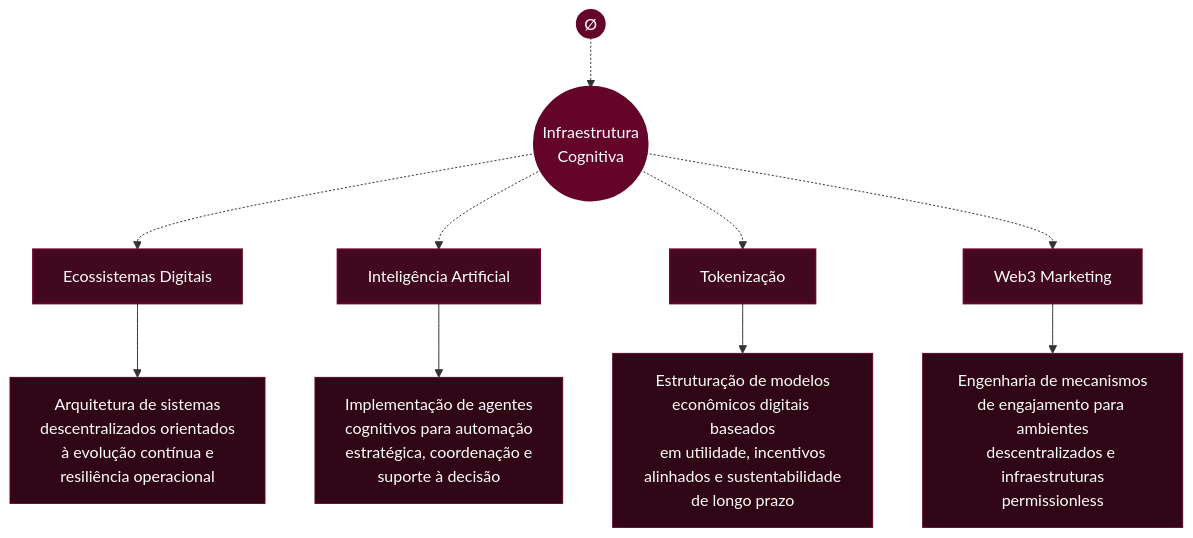
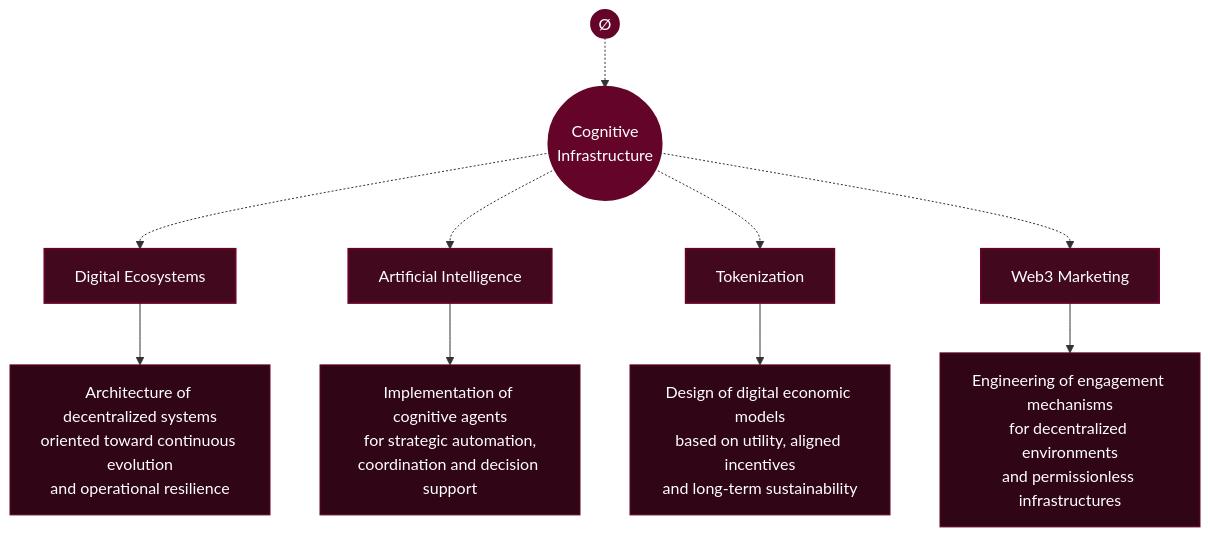
Before and after one commit to neomello/neomello: the second of 2 diagrams in README.md, drawn with Mermaid. The commit also changed other lines of this file, not shown here.

``````diff
--- a/README.md
+++ b/README.md
@@ -84,44 +92,40 @@
-`````mermaid
+```mermaid
 flowchart TB
     Start((Ø))
-    Core((Infraestrutura<br/>Cognitiva))
+    Core((Cognitive<br/>Infrastructure))
     
-    Eco[Ecossistemas Digitais]
-    EcoDesc[Arquitetura de sistemas<br/>descentralizados orientados<br/>à evolução contínua e<br/>resiliência operacional]
+    Eco[Digital Ecosystems]
+    EcoDesc[Architecture of decentralized systems<br/>oriented toward continuous evolution<br/>and operational resilience]
     
-    IA[Inteligência Artificial]
-    IADesc[Implementação de agentes<br/>cognitivos para automação<br/>estratégica, coordenação e<br/>suporte à decisão]
+    IA[Artificial Intelligence]
+    IADesc[Implementation of cognitive agents<br/>for strategic automation,<br/>coordination and decision support]
     
-    Token[Tokenização]
-    TokenDesc[Estruturação de modelos<br/>econômicos digitais baseados<br/>em utilidade, incentivos<br/>alinhados e sustentabilidade<br/>de longo prazo]
+    Token[Tokenization]
+    TokenDesc[Design of digital economic models<br/>based on utility, aligned incentives<br/>and long-term sustainability]
     
     Web3[Web3 Marketing]
-    Web3Desc[Engenharia de mecanismos<br/>de engajamento para ambientes<br/>descentralizados e infraestruturas<br/>permissionless]
+    Web3Desc[Engineering of engagement mechanisms<br/>for decentralized environments<br/>and permissionless infrastructures]
     
     Start -.-> Core
     
     Core -.-> Eco
     Core -.-> IA
     Core -.-> Token
     Core -.-> Web3
     
     Eco --> EcoDesc
     IA --> IADesc
     Token --> TokenDesc
     Web3 --> Web3Desc
 
-    %% Monocromia NEØ
     style Start fill:#640429,stroke:#640429,stroke-width:2px,color:#fff
     style Core fill:#640429,stroke:#640429,stroke-width:4px,color:#fff
-    
     style Eco fill:#42081e,stroke:#640429,stroke-width:2px,color:#fff
     style IA fill:#42081e,stroke:#640429,stroke-width:2px,color:#fff
     style Token fill:#42081e,stroke:#640429,stroke-width:2px,color:#fff
     style Web3 fill:#42081e,stroke:#640429,stroke-width:2px,color:#fff
-    
-    %% Descrições com menor peso visual
     style EcoDesc fill:#300515,stroke:#640429,stroke-width:1px,color:#fff
     style IADesc fill:#300515,stroke:#640429,stroke-width:1px,color:#fff
     style TokenDesc fill:#300515,stroke:#640429,stroke-width:1px,color:#fff
     style Web3Desc fill:#300515,stroke:#640429,stroke-width:1px,color:#fff
-`````
+```
``````
